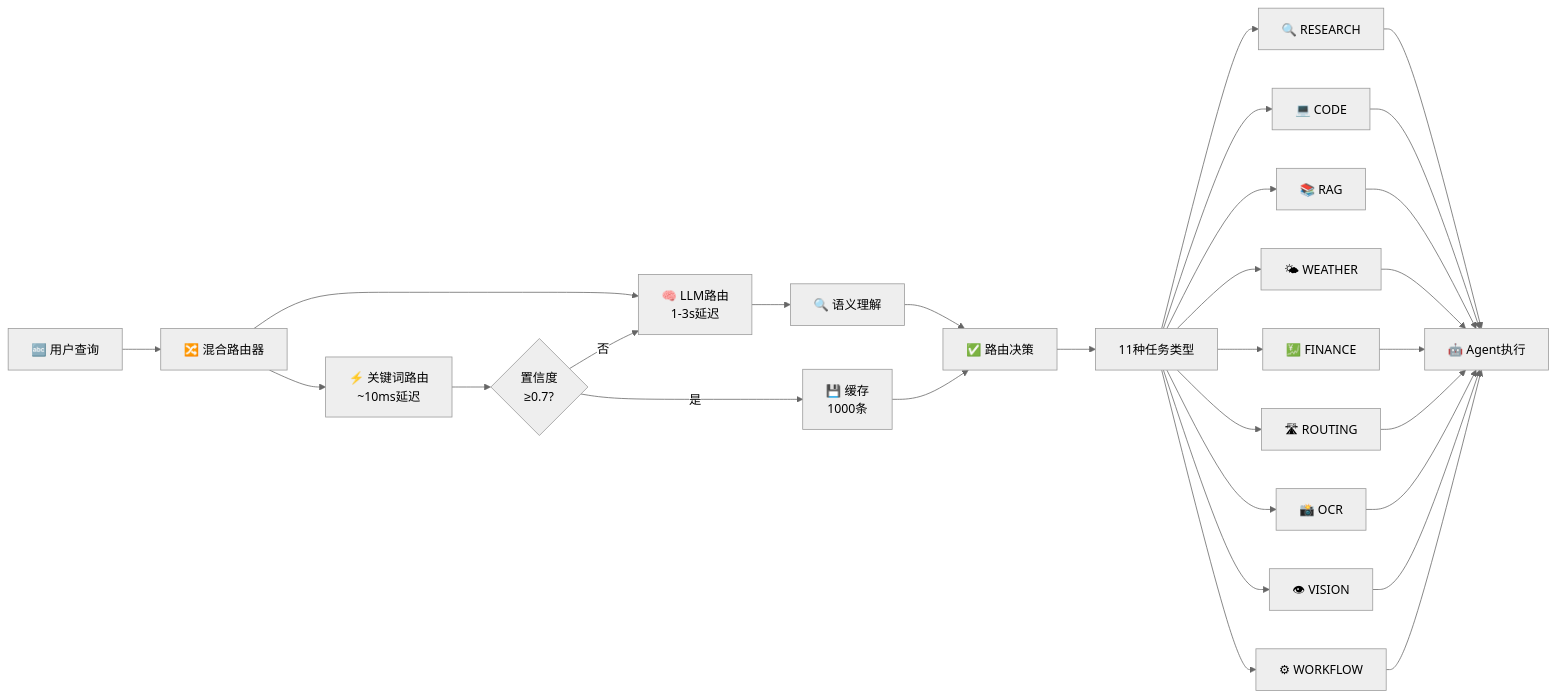
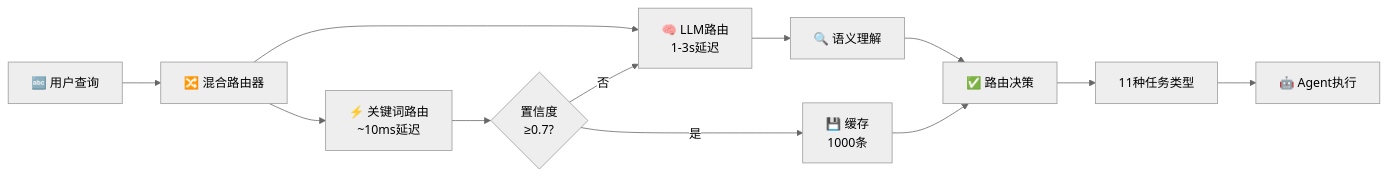
Before and after one commit to xuzel/ai_search: the second of 13 diagrams in inclass_doc/mid_term_report.md, drawn with Mermaid (neutral theme). The commit also changed other lines of this file and 10 other files, not shown here.

````diff
--- a/inclass_doc/mid_term_report.md
+++ b/inclass_doc/mid_term_report.md
@@ -266,40 +266,25 @@
 ```mermaid
 flowchart LR
     Query["🔤 用户查询"]
     HRouter["🔀 混合路由器"]
 
     Query --> HRouter
 
     HRouter --> KR["⚡ 关键词路由<br/>~10ms延迟"]
     HRouter --> LR["🧠 LLM路由<br/>1-3s延迟"]
 
     KR --> Conf{置信度<br/>≥0.7?}
     Conf --> |是| Cache["💾 缓存<br/>1000条"]
     Conf --> |否| LR
 
     LR --> Parse["🔍 语义理解"]
     Parse --> Decision["✅ 路由决策"]
 
     Cache --> Decision
 
     Decision --> Tasks["11种任务类型"]
-    Tasks --> R["🔍 RESEARCH"]
-    Tasks --> C["💻 CODE"]
-    Tasks --> Q["📚 RAG"]
-    Tasks --> W["🌤 WEATHER"]
-    Tasks --> F["💹 FINANCE"]
-    Tasks --> RT["🛣 ROUTING"]
-    Tasks --> O["📸 OCR"]
-    Tasks --> V["👁 VISION"]
-    Tasks --> WF["⚙ WORKFLOW"]
 
-    R --> Agents["🤖 Agent执行"]
-    C --> Agents
-    Q --> Agents
-    W --> Agents
-    F --> Agents
-    RT --> Agents
-    O --> Agents
-    V --> Agents
-    WF --> Agents
+
+    Tasks --> Agents["🤖 Agent执行"]
+
 ```
````
